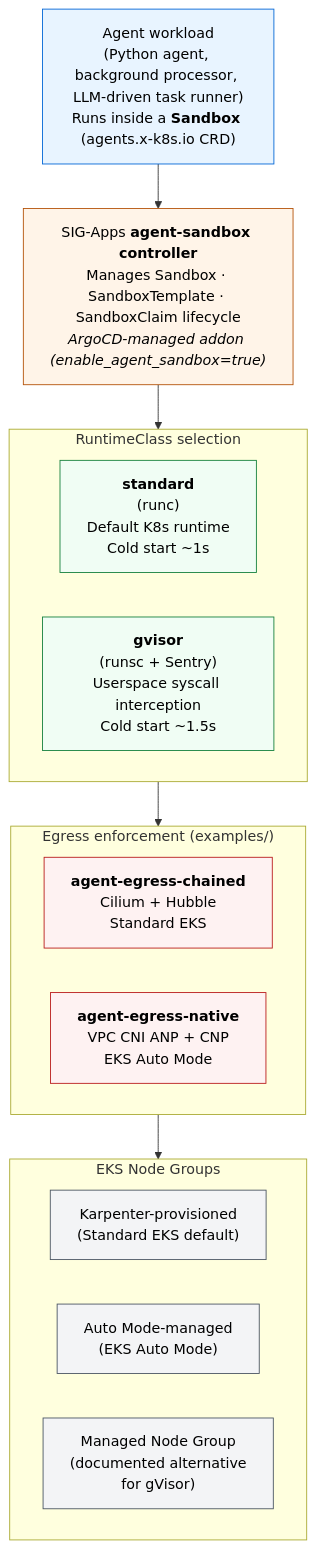
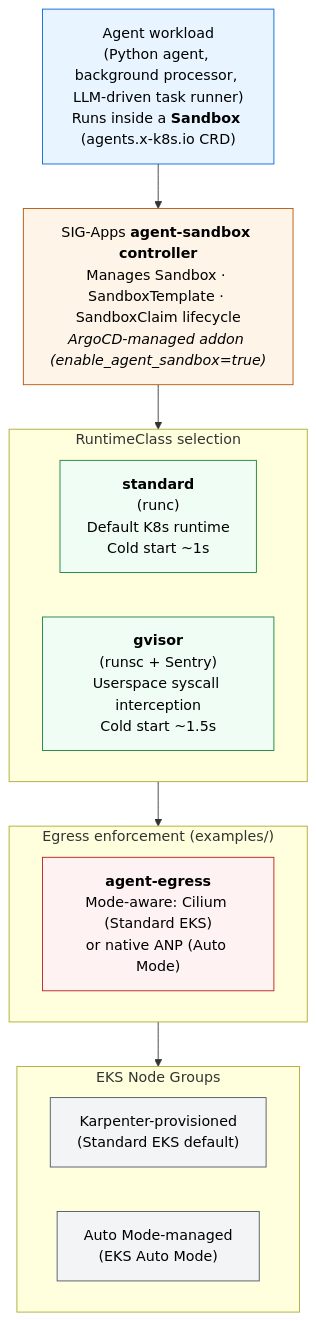
Before and after one commit to awslabs/ai-on-eks: the diagram in website/docs/infra/agents/agent-sandbox.md, drawn with Mermaid. The commit also changed other lines of this file and 29 other files, not shown here.

````diff
--- a/website/docs/infra/agents/agent-sandbox.md
+++ b/website/docs/infra/agents/agent-sandbox.md
@@ -27,36 +27,34 @@
 ```mermaid
 flowchart TB
     classDef workload fill:#e8f4ff,stroke:#0366d6,color:#000
     classDef controller fill:#fff4e8,stroke:#b45309,color:#000
     classDef runtime fill:#f0fdf4,stroke:#15803d,color:#000
     classDef egress fill:#fef2f2,stroke:#b91c1c,color:#000
     classDef node fill:#f3f4f6,stroke:#4b5563,color:#000
 
     A["Agent workload<br/>(Python agent, background processor, LLM-driven task runner)<br/>Runs inside a <b>Sandbox</b> (agents.x-k8s.io CRD)"]:::workload
 
     B["SIG-Apps <b>agent-sandbox controller</b><br/>Manages Sandbox · SandboxTemplate · SandboxClaim lifecycle<br/><i>ArgoCD-managed addon (enable_agent_sandbox=true)</i>"]:::controller
 
     subgraph C["RuntimeClass selection"]
         direction LR
         C1["<b>standard</b><br/>(runc)<br/>Default K8s runtime<br/>Cold start ~1s"]:::runtime
         C2["<b>gvisor</b><br/>(runsc + Sentry)<br/>Userspace syscall interception<br/>Cold start ~1.5s"]:::runtime
     end
 
     subgraph D["Egress enforcement (examples/)"]
         direction LR
-        D1["<b>agent-egress-chained</b><br/>Cilium + Hubble<br/>Standard EKS"]:::egress
-        D2["<b>agent-egress-native</b><br/>VPC CNI ANP + CNP<br/>EKS Auto Mode"]:::egress
+        D1["<b>agent-egress</b><br/>Mode-aware: Cilium (Standard EKS)<br/>or native ANP (Auto Mode)"]:::egress
     end
 
     subgraph E["EKS Node Groups"]
         direction LR
         E1["Karpenter-provisioned<br/>(Standard EKS default)"]:::node
         E2["Auto Mode-managed<br/>(EKS Auto Mode)"]:::node
-        E3["Managed Node Group<br/>(documented alternative<br/>for gVisor)"]:::node
     end
 
     A --> B
     B --> C
     C --> D
     D --> E
 ```
````
